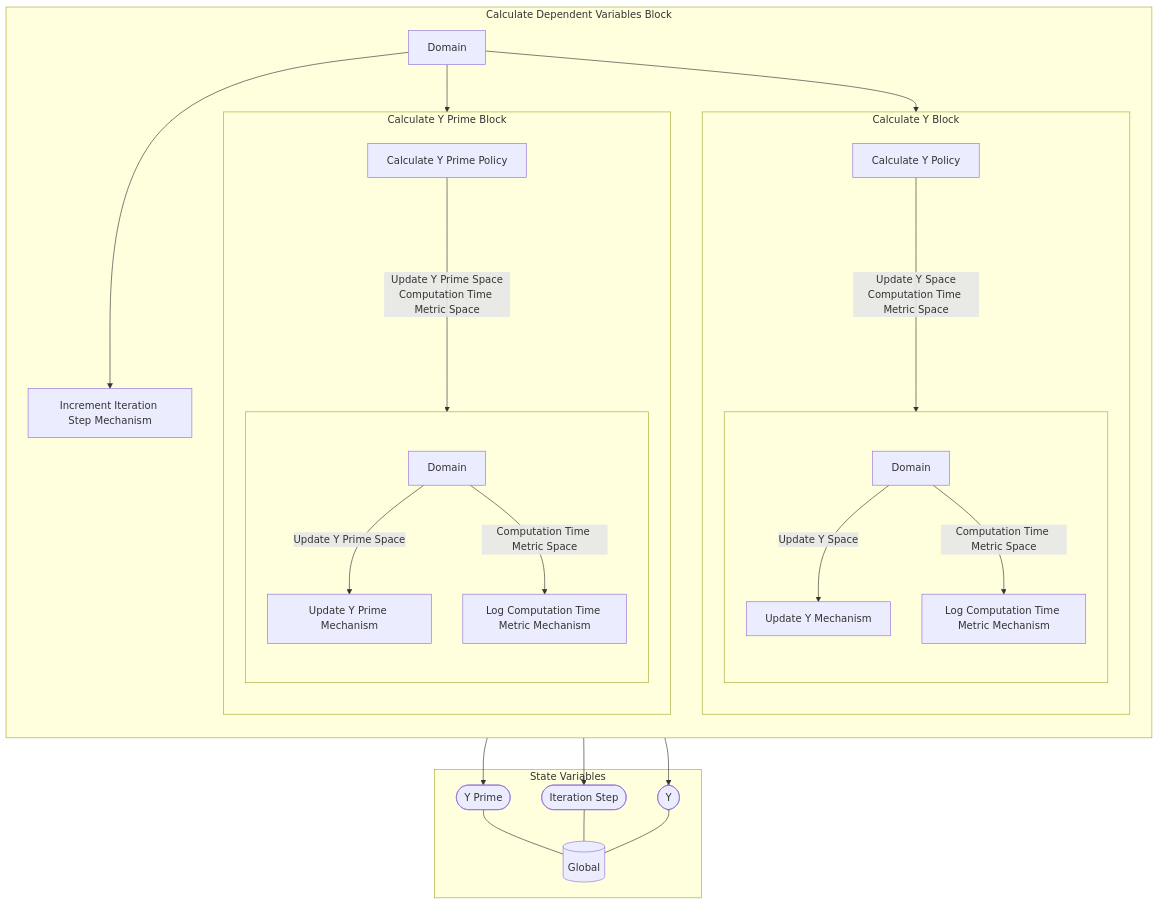
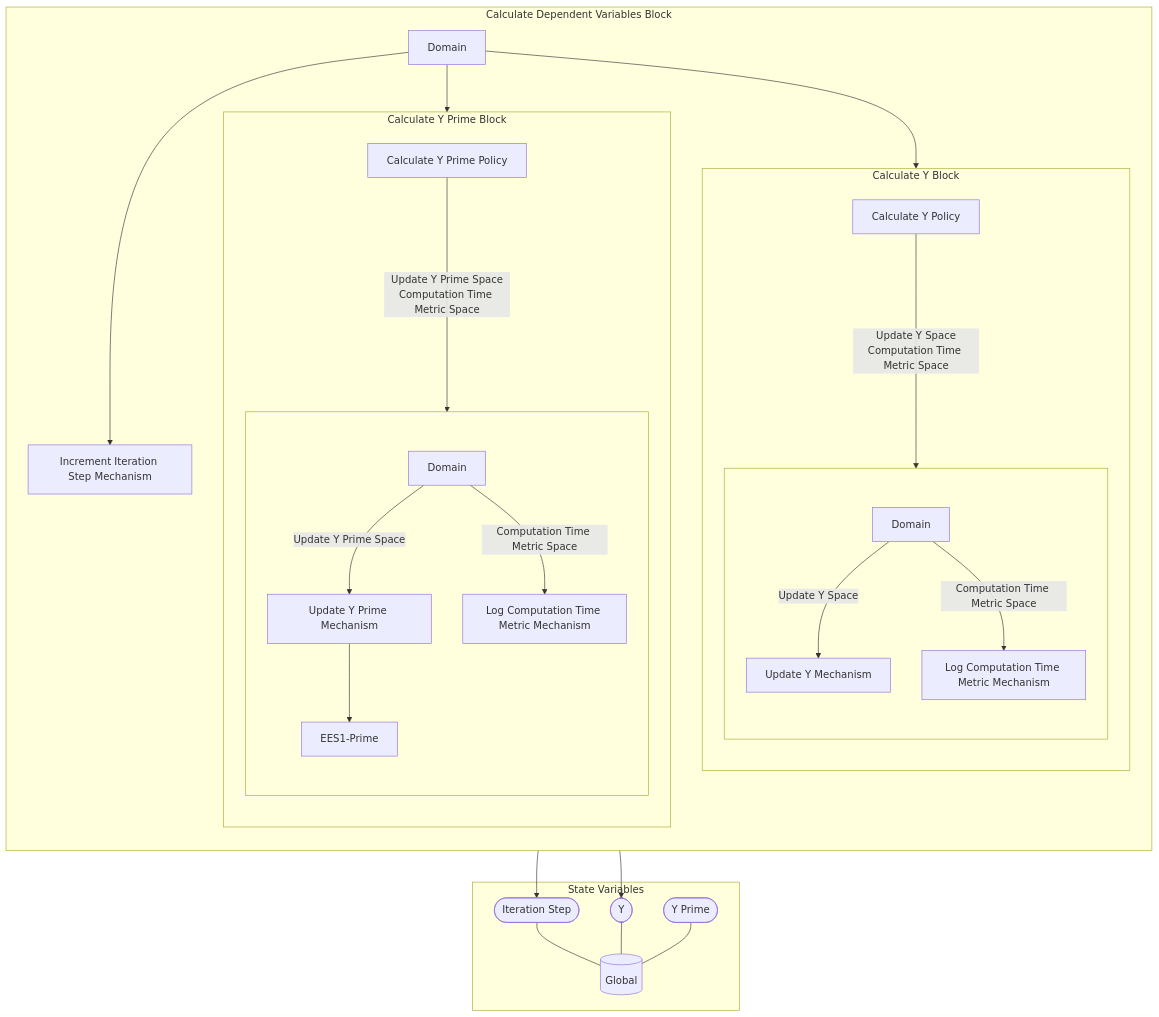
One commit to SeanMcOwen/Root-Finding-Simulation changed the diagram in MSML/reports/Markdown/Wiring/Calculate Dependent Variables Block.md. Above: the diagram before and after it, drawn with Mermaid. The commit also changed other lines of this file and 15 other files, not shown here.

````diff
--- a/MSML/reports/Markdown/Wiring/Calculate Dependent Variables Block.md
+++ b/MSML/reports/Markdown/Wiring/Calculate Dependent Variables Block.md
@@ -3,62 +3,62 @@
 ```mermaid
 graph TB
 
 subgraph SVS["State Variables"]
 EE0[("Global")]
-EES0(["Y Prime"])
+EES0(["Iteration Step"])
 EES0 --- EE0
-EES1(["Iteration Step"])
+EES1(["Y"])
 EES1 --- EE0
-EES2(["Y"])
+EES2(["Y Prime"])
 EES2 --- EE0
 end
 
 subgraph X18["Calculate Dependent Variables Block"]
 direction TB
 subgraph X7["Calculate Y Block"]
 direction TB
 X1["Calculate Y Policy"]
 subgraph X6[" "]
 direction TB
 X2["Update Y Mechanism"]
-X2 --> EES2
+X2 --> EES1
 X3["Log Computation Time Metric Mechanism"]
 X4[Domain]
 
 direction LR
 direction TB
 X4 --"Update Y Space"--> X2
 X4 --"Computation Time Metric Space"--> X3
 end
 X1--"Update Y Space
 Computation Time Metric Space"---->X6
 end
 subgraph X14["Calculate Y Prime Block"]
 direction TB
 X8["Calculate Y Prime Policy"]
 subgraph X13[" "]
 direction TB
 X9["Update Y Prime Mechanism"]
-X9 --> EES0
+X9 --> EES1-Prime
 X10["Log Computation Time Metric Mechanism"]
 X11[Domain]
 
 direction LR
 direction TB
 X11 --"Update Y Prime Space"--> X9
 X11 --"Computation Time Metric Space"--> X10
 end
 X8--"Update Y Prime Space
 Computation Time Metric Space"---->X13
 end
 X15["Increment Iteration Step Mechanism"]
-X15 --> EES1
+X15 --> EES0
 X16[Domain]
 
 direction LR
 direction TB
 X16 --> X7
 X16 --> X14
 X16 --> X15
 end
 ```
````
